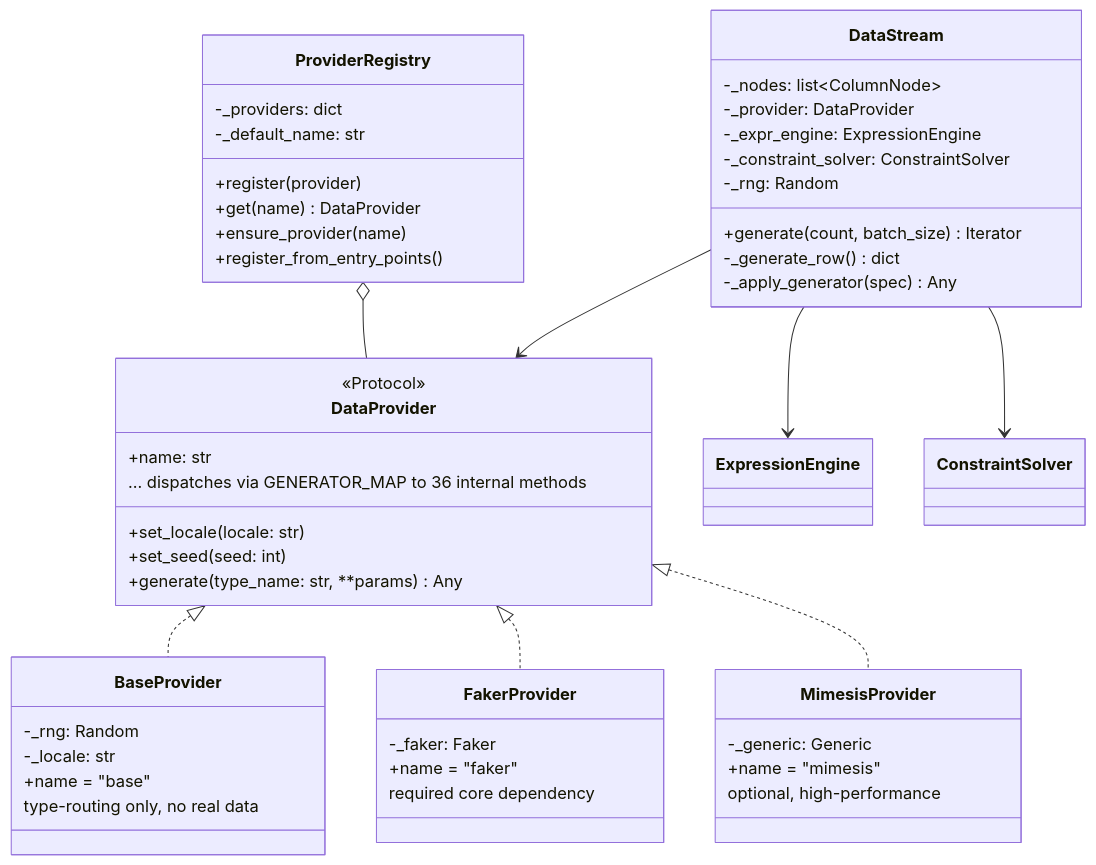
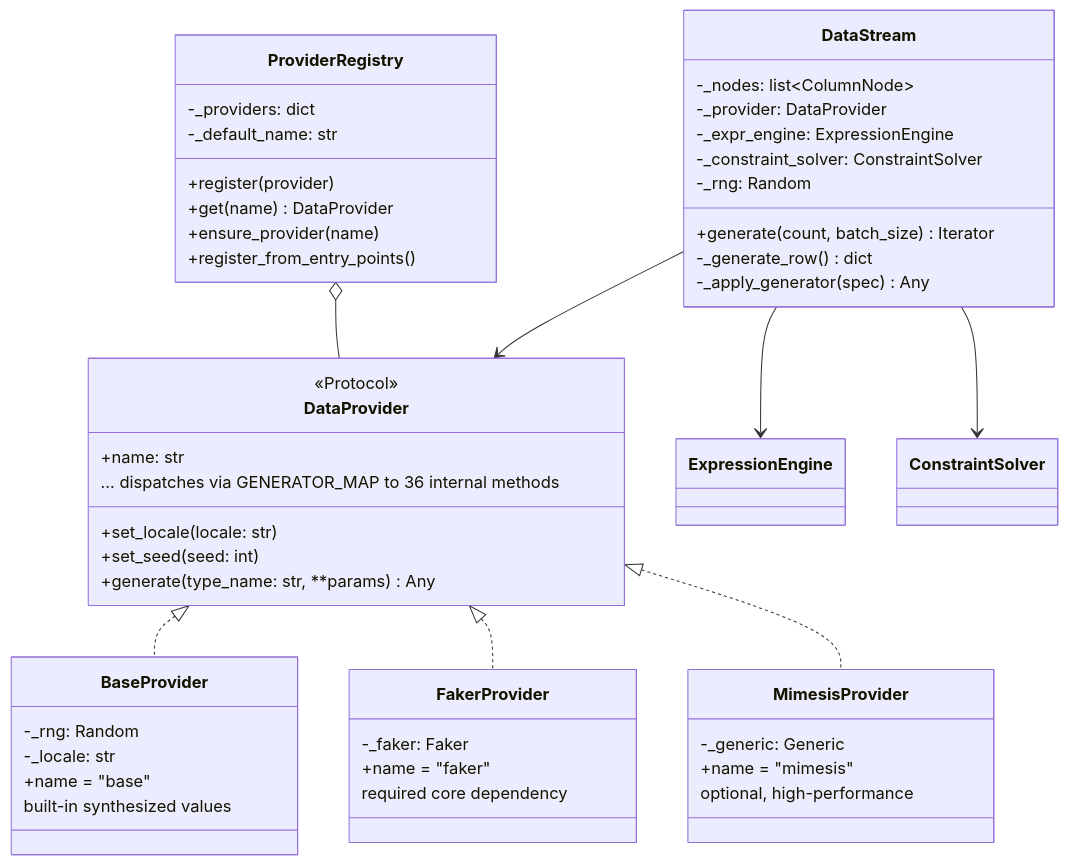
One commit to sunbos/sqlseed changed the fourth of 12 diagrams in docs/architecture.md. Above: the diagram before and after it, drawn with Mermaid. The commit also changed other lines of this file and 42 other files, not shown here.

````diff
--- a/docs/architecture.md
+++ b/docs/architecture.md
@@ -265,58 +237,58 @@
 ```mermaid
 classDiagram
     class DataProvider {
         <<Protocol>>
         +name: str
         +set_locale(locale: str)
         +set_seed(seed: int)
         +generate(type_name: str, **params) Any
         ... dispatches via GENERATOR_MAP to 36 internal methods
     }
 
     class BaseProvider {
         -_rng: Random
         -_locale: str
         +name = "base"
-        type-routing only, no real data
+        built-in synthesized values
     }
 
     class FakerProvider {
         -_faker: Faker
         +name = "faker"
         required core dependency
     }
 
     class MimesisProvider {
         -_generic: Generic
         +name = "mimesis"
         optional, high-performance
     }
 
     class ProviderRegistry {
         -_providers: dict
         -_default_name: str
         +register(provider)
         +get(name) DataProvider
         +ensure_provider(name)
         +register_from_entry_points()
     }
 
     class DataStream {
         -_nodes: list~ColumnNode~
         -_provider: DataProvider
         -_expr_engine: ExpressionEngine
         -_constraint_solver: ConstraintSolver
         -_rng: Random
         +generate(count, batch_size) Iterator
         -_generate_row() dict
         -_apply_generator(spec) Any
     }
 
     DataProvider <|.. BaseProvider
     DataProvider <|.. FakerProvider
     DataProvider <|.. MimesisProvider
     ProviderRegistry o-- DataProvider
     DataStream --> DataProvider
     DataStream --> ExpressionEngine
     DataStream --> ConstraintSolver
 ```
````
